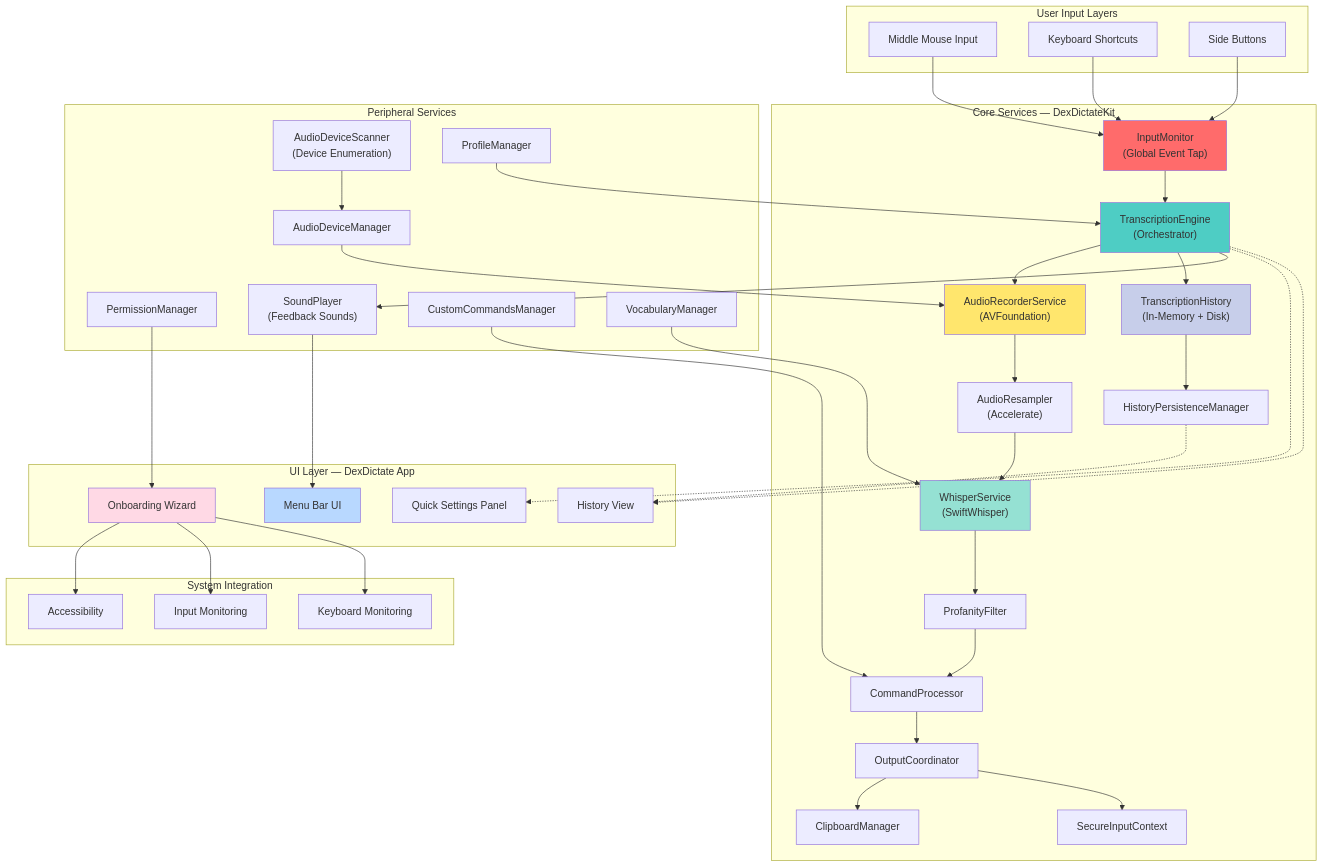
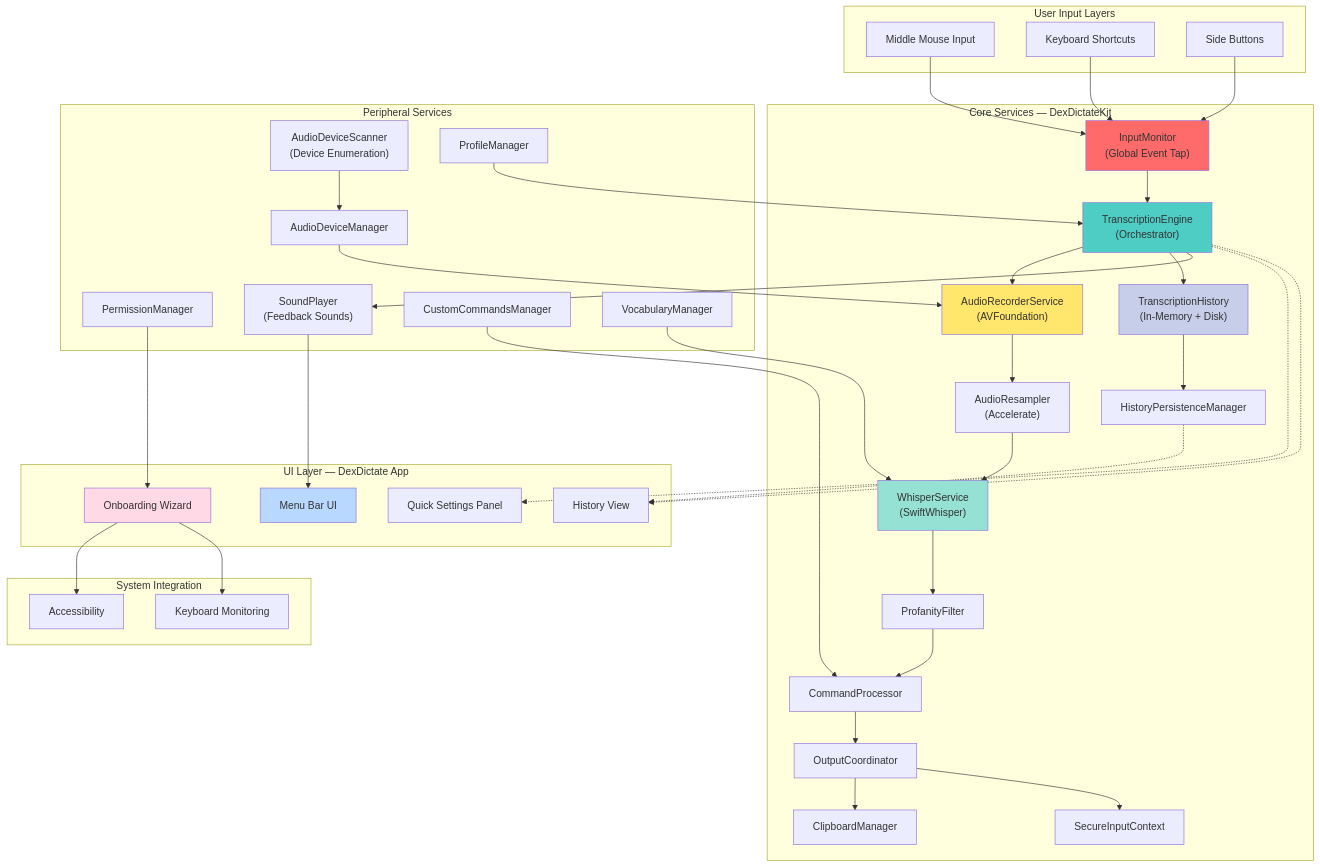
Before and after one commit to westkitty/DexDictate_MacOS: the diagram in BIBLE.md, drawn with Mermaid. The commit also changed other lines of this file, not shown here.

```diff
--- a/BIBLE.md
+++ b/BIBLE.md
@@ -145,7 +145,6 @@
 
     subgraph "System Integration"
         AC["Accessibility"]
-        IM_MONITOR["Input Monitoring"]
         KB_MON["Keyboard Monitoring"]
     end
 
@@ -179,7 +178,6 @@
     SPL --> MB_UI
     PM --> ONBRD
     ONBRD --> AC
-    ONBRD --> IM_MONITOR
     ONBRD --> KB_MON
 
     %% Orchestration
```
